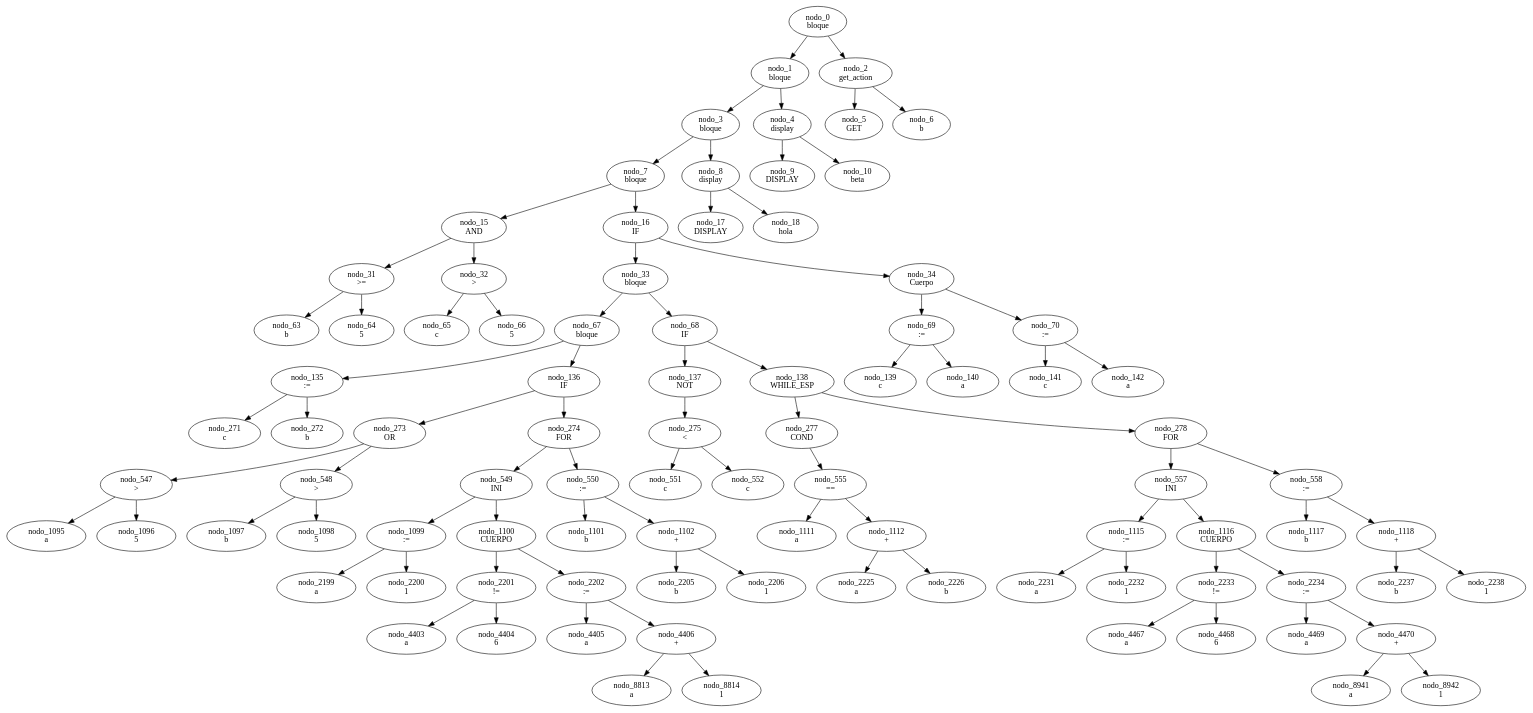
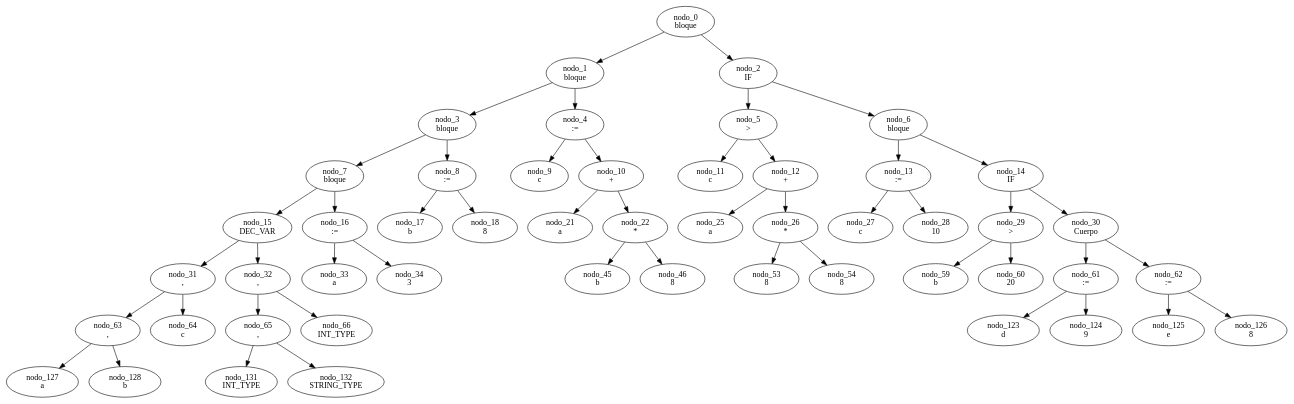
One commit to FacuBouza/TP_LyC_Grupo07 changed the diagram in Codigo/gragh.dot. Above: the diagram before and after it, drawn with Graphviz. The commit also changed 15 other files, not shown here.

```diff
--- a/Codigo/gragh.dot
+++ b/Codigo/gragh.dot
@@ -1,92 +1,52 @@
 digraph G {
 	"nodo_0 \nbloque" -> "nodo_1 \nbloque"
-	"nodo_0 \nbloque" -> "nodo_2 \nget_action"
+	"nodo_0 \nbloque" -> "nodo_2 \nIF"
 	"nodo_1 \nbloque" -> "nodo_3 \nbloque"
-	"nodo_1 \nbloque" -> "nodo_4 \ndisplay"
+	"nodo_1 \nbloque" -> "nodo_4 \n:="
 	"nodo_3 \nbloque" -> "nodo_7 \nbloque"
-	"nodo_3 \nbloque" -> "nodo_8 \ndisplay"
-	"nodo_7 \nbloque" -> "nodo_15 \nAND"
-	"nodo_7 \nbloque" -> "nodo_16 \nIF"
-	"nodo_15 \nAND" -> "nodo_31 \n>="
-	"nodo_15 \nAND" -> "nodo_32 \n>"
-	"nodo_31 \n>=" -> "nodo_63 \nb"
-	"nodo_31 \n>=" -> "nodo_64 \n5"
-	"nodo_32 \n>" -> "nodo_65 \nc"
-	"nodo_32 \n>" -> "nodo_66 \n5"
-	"nodo_16 \nIF" -> "nodo_33 \nbloque"
-	"nodo_16 \nIF" -> "nodo_34 \nCuerpo"
-	"nodo_33 \nbloque" -> "nodo_67 \nbloque"
-	"nodo_33 \nbloque" -> "nodo_68 \nIF"
-	"nodo_67 \nbloque" -> "nodo_135 \n:="
-	"nodo_67 \nbloque" -> "nodo_136 \nIF"
-	"nodo_135 \n:=" -> "nodo_271 \nc"
-	"nodo_135 \n:=" -> "nodo_272 \nb"
-	"nodo_136 \nIF" -> "nodo_273 \nOR"
-	"nodo_136 \nIF" -> "nodo_274 \nFOR"
-	"nodo_273 \nOR" -> "nodo_547 \n>"
-	"nodo_273 \nOR" -> "nodo_548 \n>"
-	"nodo_547 \n>" -> "nodo_1095 \na"
-	"nodo_547 \n>" -> "nodo_1096 \n5"
-	"nodo_548 \n>" -> "nodo_1097 \nb"
-	"nodo_548 \n>" -> "nodo_1098 \n5"
-	"nodo_274 \nFOR" -> "nodo_549 \nINI"
-	"nodo_274 \nFOR" -> "nodo_550 \n:="
-	"nodo_549 \nINI" -> "nodo_1099 \n:="
-	"nodo_549 \nINI" -> "nodo_1100 \nCUERPO"
-	"nodo_1099 \n:=" -> "nodo_2199 \na"
-	"nodo_1099 \n:=" -> "nodo_2200 \n1"
-	"nodo_1100 \nCUERPO" -> "nodo_2201 \n!="
-	"nodo_1100 \nCUERPO" -> "nodo_2202 \n:="
-	"nodo_2201 \n!=" -> "nodo_4403 \na"
-	"nodo_2201 \n!=" -> "nodo_4404 \n6"
-	"nodo_2202 \n:=" -> "nodo_4405 \na"
-	"nodo_2202 \n:=" -> "nodo_4406 \n+"
-	"nodo_4406 \n+" -> "nodo_8813 \na"
-	"nodo_4406 \n+" -> "nodo_8814 \n1"
-	"nodo_550 \n:=" -> "nodo_1101 \nb"
-	"nodo_550 \n:=" -> "nodo_1102 \n+"
-	"nodo_1102 \n+" -> "nodo_2205 \nb"
-	"nodo_1102 \n+" -> "nodo_2206 \n1"
-	"nodo_68 \nIF" -> "nodo_137 \nNOT"
-	"nodo_68 \nIF" -> "nodo_138 \nWHILE_ESP"
-	"nodo_137 \nNOT" -> "nodo_275 \n<"
-	"nodo_275 \n<" -> "nodo_551 \nc"
-	"nodo_275 \n<" -> "nodo_552 \nc"
-	"nodo_138 \nWHILE_ESP" -> "nodo_277 \nCOND"
-	"nodo_138 \nWHILE_ESP" -> "nodo_278 \nFOR"
-	"nodo_277 \nCOND" -> "nodo_555 \n=="
-	"nodo_555 \n==" -> "nodo_1111 \na"
-	"nodo_555 \n==" -> "nodo_1112 \n+"
-	"nodo_1112 \n+" -> "nodo_2225 \na"
-	"nodo_1112 \n+" -> "nodo_2226 \nb"
-	"nodo_278 \nFOR" -> "nodo_557 \nINI"
-	"nodo_278 \nFOR" -> "nodo_558 \n:="
-	"nodo_557 \nINI" -> "nodo_1115 \n:="
-	"nodo_557 \nINI" -> "nodo_1116 \nCUERPO"
-	"nodo_1115 \n:=" -> "nodo_2231 \na"
-	"nodo_1115 \n:=" -> "nodo_2232 \n1"
-	"nodo_1116 \nCUERPO" -> "nodo_2233 \n!="
-	"nodo_1116 \nCUERPO" -> "nodo_2234 \n:="
-	"nodo_2233 \n!=" -> "nodo_4467 \na"
-	"nodo_2233 \n!=" -> "nodo_4468 \n6"
-	"nodo_2234 \n:=" -> "nodo_4469 \na"
-	"nodo_2234 \n:=" -> "nodo_4470 \n+"
-	"nodo_4470 \n+" -> "nodo_8941 \na"
-	"nodo_4470 \n+" -> "nodo_8942 \n1"
-	"nodo_558 \n:=" -> "nodo_1117 \nb"
-	"nodo_558 \n:=" -> "nodo_1118 \n+"
-	"nodo_1118 \n+" -> "nodo_2237 \nb"
-	"nodo_1118 \n+" -> "nodo_2238 \n1"
-	"nodo_34 \nCuerpo" -> "nodo_69 \n:="
-	"nodo_34 \nCuerpo" -> "nodo_70 \n:="
-	"nodo_69 \n:=" -> "nodo_139 \nc"
-	"nodo_69 \n:=" -> "nodo_140 \na"
-	"nodo_70 \n:=" -> "nodo_141 \nc"
-	"nodo_70 \n:=" -> "nodo_142 \na"
-	"nodo_8 \ndisplay" -> "nodo_17 \nDISPLAY"
-	"nodo_8 \ndisplay" -> "nodo_18 \nhola"
-	"nodo_4 \ndisplay" -> "nodo_9 \nDISPLAY"
-	"nodo_4 \ndisplay" -> "nodo_10 \nbeta"
-	"nodo_2 \nget_action" -> "nodo_5 \nGET"
-	"nodo_2 \nget_action" -> "nodo_6 \nb"
+	"nodo_3 \nbloque" -> "nodo_8 \n:="
+	"nodo_7 \nbloque" -> "nodo_15 \nDEC_VAR"
+	"nodo_7 \nbloque" -> "nodo_16 \n:="
+	"nodo_15 \nDEC_VAR" -> "nodo_31 \n,"
+	"nodo_15 \nDEC_VAR" -> "nodo_32 \n,"
+	"nodo_31 \n," -> "nodo_63 \n,"
+	"nodo_31 \n," -> "nodo_64 \nc"
+	"nodo_63 \n," -> "nodo_127 \na"
+	"nodo_63 \n," -> "nodo_128 \nb"
+	"nodo_32 \n," -> "nodo_65 \n,"
+	"nodo_32 \n," -> "nodo_66 \nINT_TYPE"
+	"nodo_65 \n," -> "nodo_131 \nINT_TYPE"
+	"nodo_65 \n," -> "nodo_132 \nSTRING_TYPE"
+	"nodo_16 \n:=" -> "nodo_33 \na"
+	"nodo_16 \n:=" -> "nodo_34 \n3"
+	"nodo_8 \n:=" -> "nodo_17 \nb"
+	"nodo_8 \n:=" -> "nodo_18 \n8"
+	"nodo_4 \n:=" -> "nodo_9 \nc"
+	"nodo_4 \n:=" -> "nodo_10 \n+"
+	"nodo_10 \n+" -> "nodo_21 \na"
+	"nodo_10 \n+" -> "nodo_22 \n*"
+	"nodo_22 \n*" -> "nodo_45 \nb"
+	"nodo_22 \n*" -> "nodo_46 \n8"
+	"nodo_2 \nIF" -> "nodo_5 \n>"
+	"nodo_2 \nIF" -> "nodo_6 \nbloque"
+	"nodo_5 \n>" -> "nodo_11 \nc"
+	"nodo_5 \n>" -> "nodo_12 \n+"
+	"nodo_12 \n+" -> "nodo_25 \na"
+	"nodo_12 \n+" -> "nodo_26 \n*"
+	"nodo_26 \n*" -> "nodo_53 \n8"
+	"nodo_26 \n*" -> "nodo_54 \n8"
+	"nodo_6 \nbloque" -> "nodo_13 \n:="
+	"nodo_6 \nbloque" -> "nodo_14 \nIF"
+	"nodo_13 \n:=" -> "nodo_27 \nc"
+	"nodo_13 \n:=" -> "nodo_28 \n10"
+	"nodo_14 \nIF" -> "nodo_29 \n>"
+	"nodo_14 \nIF" -> "nodo_30 \nCuerpo"
+	"nodo_29 \n>" -> "nodo_59 \nb"
+	"nodo_29 \n>" -> "nodo_60 \n20"
+	"nodo_30 \nCuerpo" -> "nodo_61 \n:="
+	"nodo_30 \nCuerpo" -> "nodo_62 \n:="
+	"nodo_61 \n:=" -> "nodo_123 \nd"
+	"nodo_61 \n:=" -> "nodo_124 \n9"
+	"nodo_62 \n:=" -> "nodo_125 \ne"
+	"nodo_62 \n:=" -> "nodo_126 \n8"
 }
```
